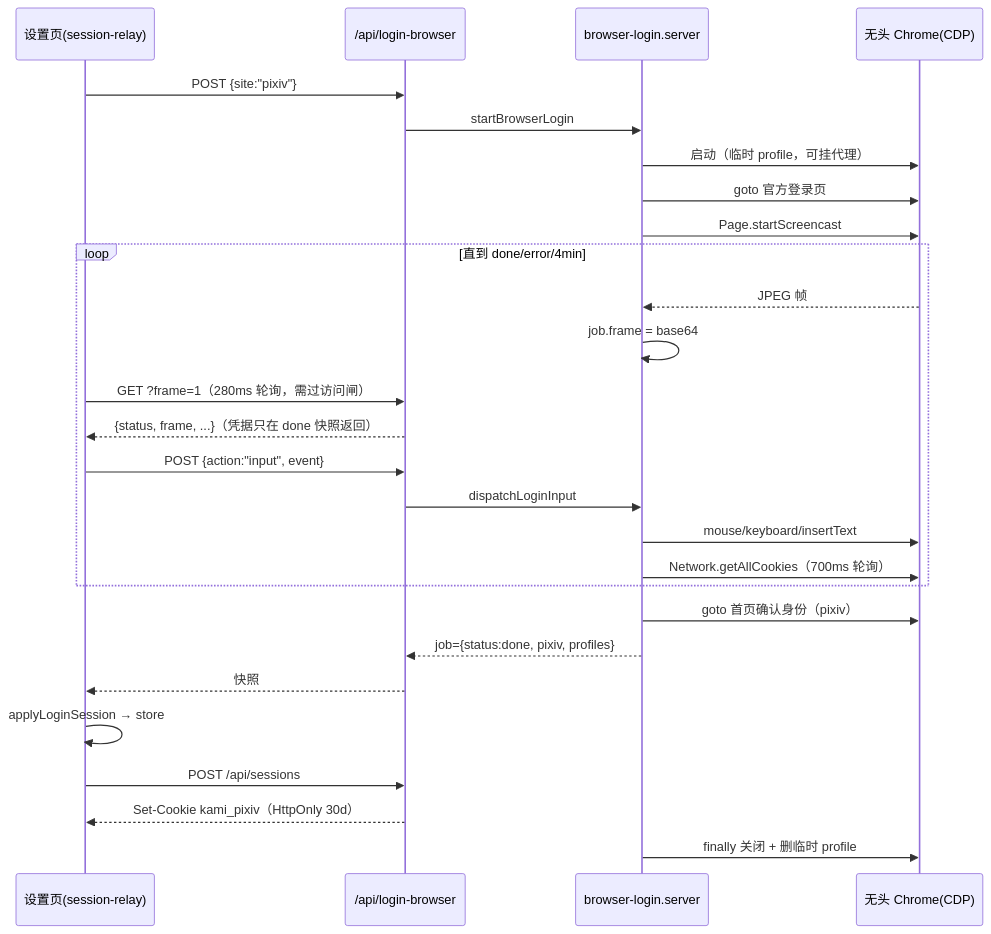
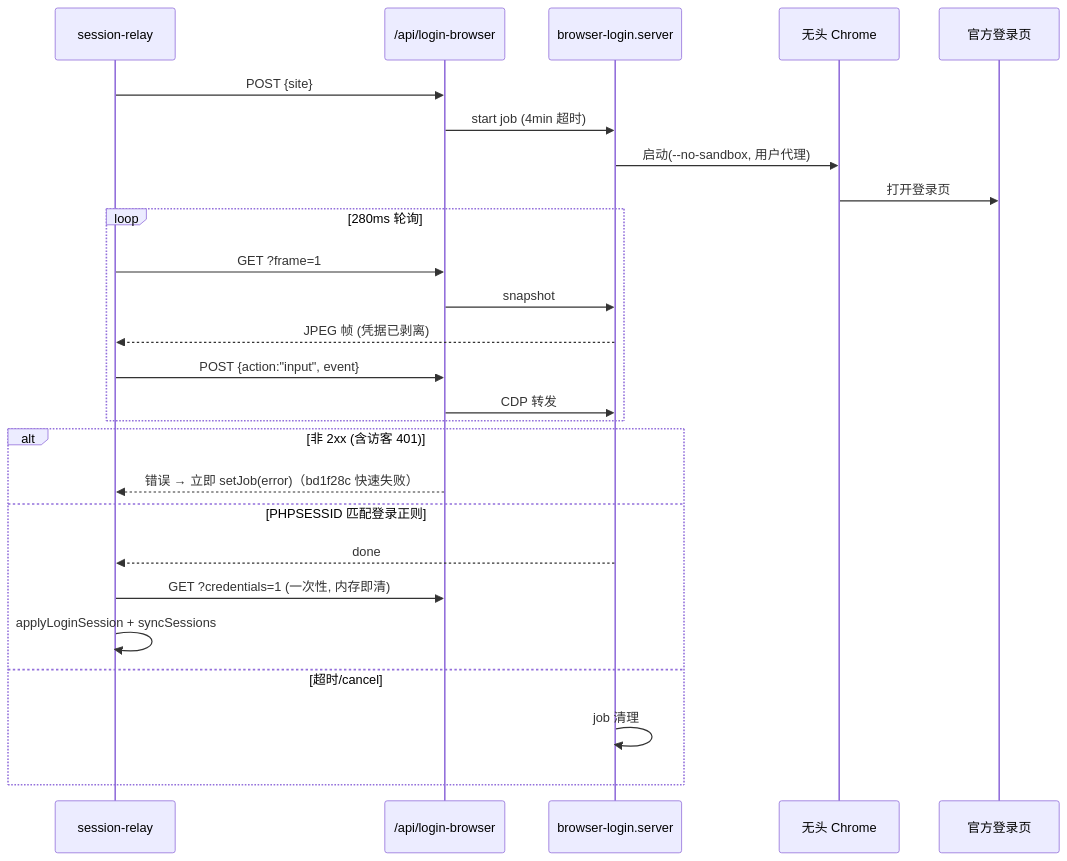
Before and after one commit to Atsukiizumi/Kami-paperbox: the third of 5 diagrams in docs/diagrams/时序图.md, drawn with Mermaid. The commit also changed other lines of this file and 25 other files, not shown here.

First line of the commit message:
docs 全量重推导：基线 75e7de0 重写 00~16 + 9 图

````diff
--- a/docs/diagrams/时序图.md
+++ b/docs/diagrams/时序图.md
@@ -52,30 +66,28 @@
 ```mermaid
 sequenceDiagram
-    participant S as 设置页(session-relay)
-    participant L as /api/login-browser
-    participant B as browser-login.server
-    participant CH as 无头 Chrome(CDP)
-
-    S->>L: POST {site:"pixiv"}
-    L->>B: startBrowserLogin
-    B->>CH: 启动（临时 profile，可挂代理）
-    B->>CH: goto 官方登录页
-    B->>CH: Page.startScreencast
-    loop 直到 done/error/4min
-        CH-->>B: JPEG 帧
-        B->>B: job.frame = base64
-        S->>L: GET ?frame=1（280ms 轮询，需过访问闸）
-        L-->>S: {status, frame, ...}（凭据只在 done 快照返回）
-        S->>L: POST {action:"input", event}
-        L->>B: dispatchLoginInput
-        B->>CH: mouse/keyboard/insertText
-        B->>CH: Network.getAllCookies（700ms 轮询）
-    end
-    B->>CH: goto 首页确认身份（pixiv）
-    B-->>L: job={status:done, pixiv, profiles}
-    L-->>S: 快照
-    S->>S: applyLoginSession → store
-    S->>L: POST /api/sessions
-    L-->>S: Set-Cookie kami_pixiv（HttpOnly 30d）
-    B->>CH: finally 关闭 + 删临时 profile
+  participant R as session-relay
+  participant API as /api/login-browser
+  participant J as browser-login.server
+  participant CH as 无头 Chrome
+  participant PIX as 官方登录页
+  R->>API: POST {site}
+  API->>J: start job (4min 超时)
+  J->>CH: 启动(--no-sandbox, 用户代理)
+  CH->>PIX: 打开登录页
+  loop 280ms 轮询
+    R->>API: GET ?frame=1
+    API->>J: snapshot
+    J-->>R: JPEG 帧 (凭据已剥离)
+    R->>API: POST {action:"input", event}
+    API->>J: CDP 转发
+  end
+  alt 非 2xx (含访客 401)
+    API-->>R: 错误 → 立即 setJob(error)（bd1f28c 快速失败）
+  else PHPSESSID 匹配登录正则
+    J-->>R: done
+    R->>API: GET ?credentials=1 (一次性, 内存即清)
+    R->>R: applyLoginSession + syncSessions
+  else 超时/cancel
+    J->>J: job 清理
+  end
 ```
````
